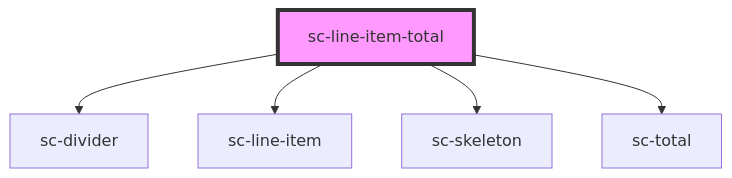
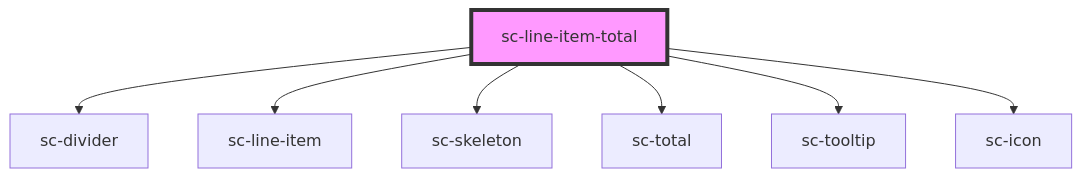
One commit to surecart/surecart-wp-plugin changed the diagram in packages/components/src/components/controllers/checkout-form/line-item-total/readme.md. Above: the diagram before and after it, drawn with Mermaid. The commit also changed other lines of this file and 9 other files, not shown here.

Commit message:
added tooltip on Total Installment Payments label

````diff
--- a/packages/components/src/components/controllers/checkout-form/line-item-total/readme.md
+++ b/packages/components/src/components/controllers/checkout-form/line-item-total/readme.md
@@ -27,8 +29,10 @@
 ```mermaid
 graph TD;
   sc-line-item-total --> sc-divider
   sc-line-item-total --> sc-line-item
   sc-line-item-total --> sc-skeleton
   sc-line-item-total --> sc-total
+  sc-line-item-total --> sc-tooltip
+  sc-line-item-total --> sc-icon
   style sc-line-item-total fill:#f9f,stroke:#333,stroke-width:4px
 ```
````
